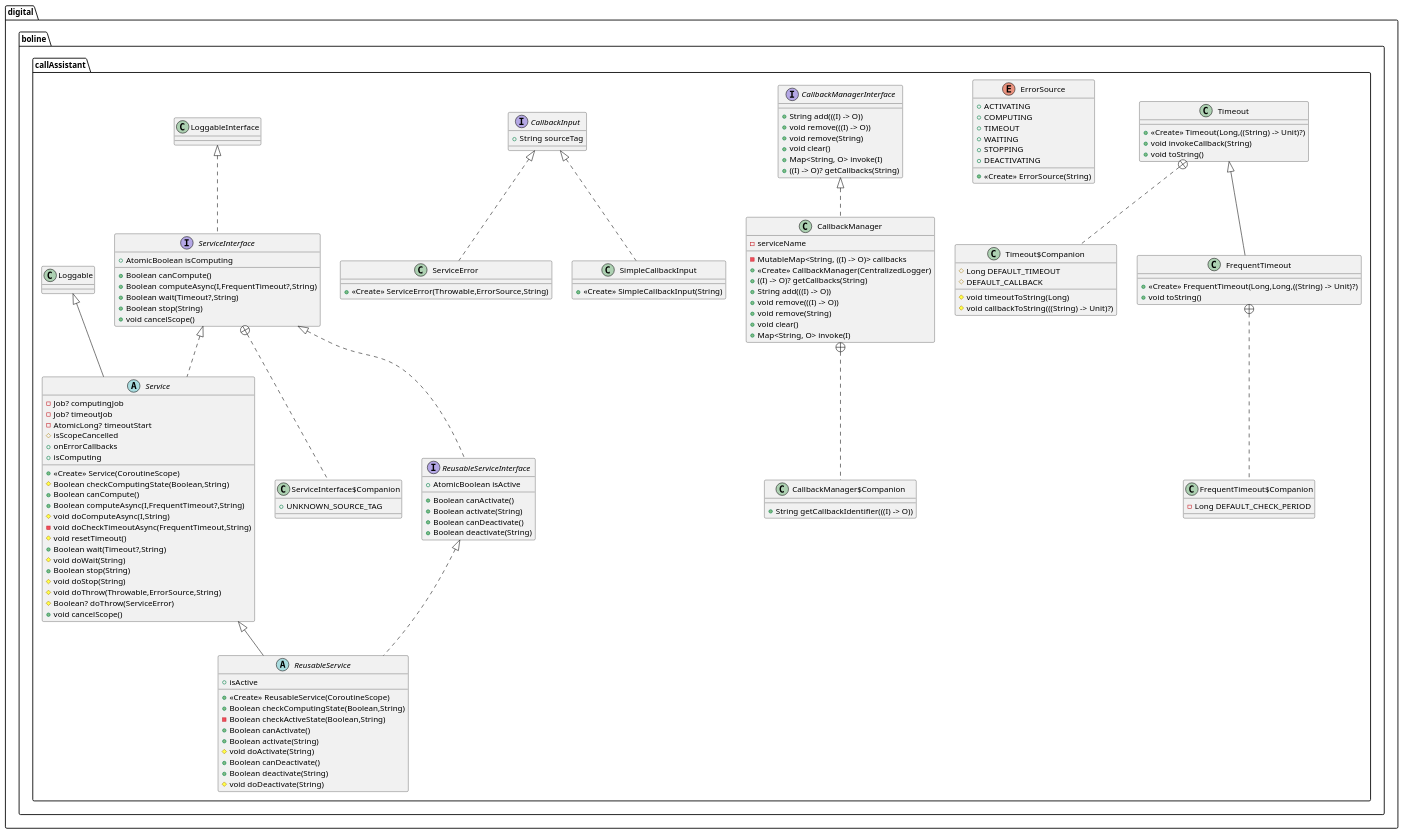
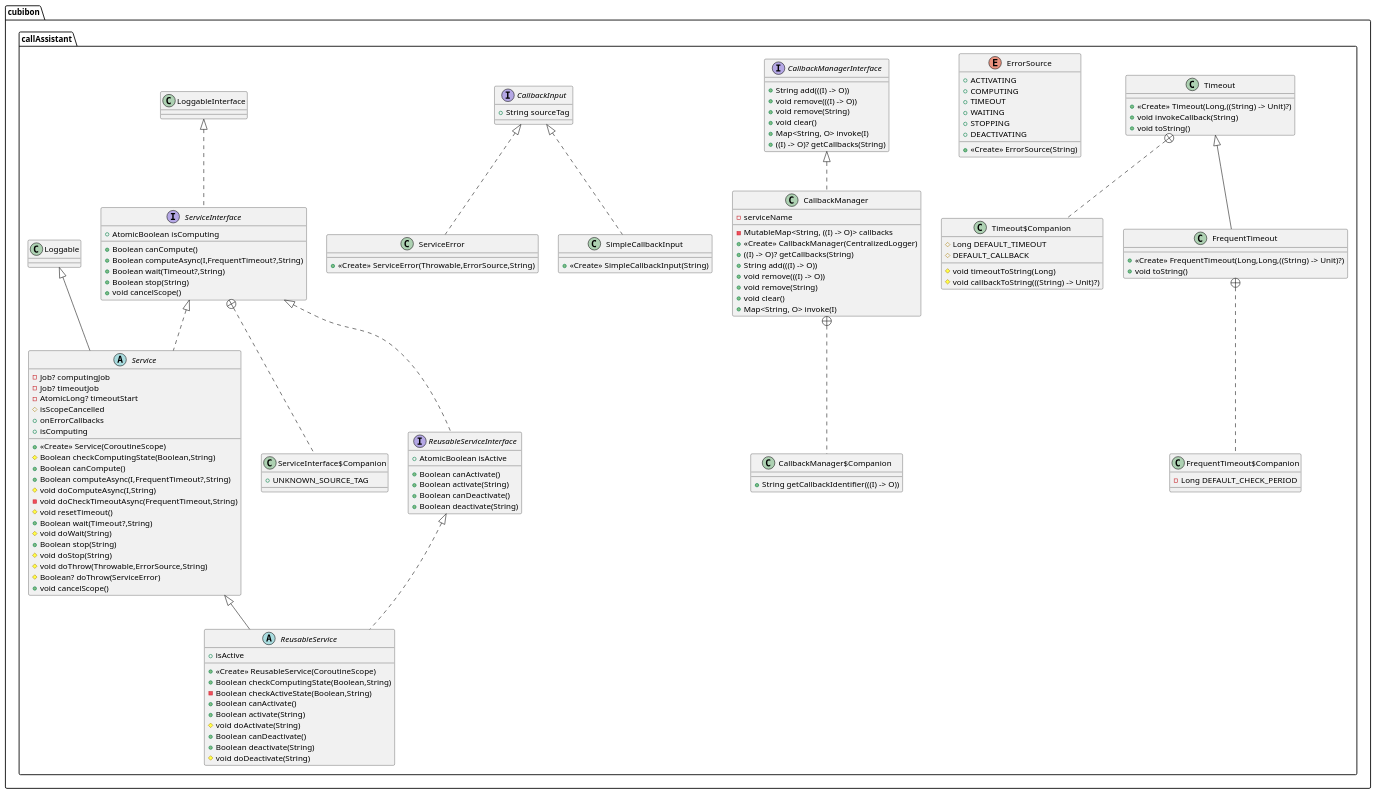
One commit to buoncubi/call_assistant changed the diagram in doc/uml/service.puml. Above: the diagram before and after it, drawn with PlantUML. The commit also changed 969 other files, not shown here.

```diff
--- a/doc/uml/service.puml
+++ b/doc/uml/service.puml
@@ -1,151 +1,151 @@
 @startuml
-class digital.boline.callAssistant.ServiceInterface$Companion {
+class cubibon.callAssistant.ServiceInterface$Companion {
 +  UNKNOWN_SOURCE_TAG
 }
 
-interface digital.boline.callAssistant.ServiceInterface {
+interface cubibon.callAssistant.ServiceInterface {
 + AtomicBoolean isComputing
 + Boolean canCompute()
 + Boolean computeAsync(I,FrequentTimeout?,String)
 + Boolean wait(Timeout?,String)
 + Boolean stop(String)
 + void cancelScope()
 }
 
 
-class digital.boline.callAssistant.Timeout$Companion {
+class cubibon.callAssistant.Timeout$Companion {
 # Long DEFAULT_TIMEOUT
 #  DEFAULT_CALLBACK
 # void timeoutToString(Long)
 # void callbackToString(((String) -> Unit)?)
 }
 
 
-class digital.boline.callAssistant.Timeout {
+class cubibon.callAssistant.Timeout {
 + <<Create>> Timeout(Long,((String) -> Unit)?)
 + void invokeCallback(String)
 + void toString()
 }
 
-class digital.boline.callAssistant.FrequentTimeout$Companion {
+class cubibon.callAssistant.FrequentTimeout$Companion {
 - Long DEFAULT_CHECK_PERIOD
 }
 
-class digital.boline.callAssistant.FrequentTimeout {
+class cubibon.callAssistant.FrequentTimeout {
 + <<Create>> FrequentTimeout(Long,Long,((String) -> Unit)?)
 + void toString()
 }
 
-enum digital.boline.callAssistant.ErrorSource {
+enum cubibon.callAssistant.ErrorSource {
 +  ACTIVATING
 +  COMPUTING
 +  TIMEOUT
 +  WAITING
 +  STOPPING
 +  DEACTIVATING
 + <<Create>> ErrorSource(String)
 }
 
 
-class digital.boline.callAssistant.ServiceError {
+class cubibon.callAssistant.ServiceError {
 + <<Create>> ServiceError(Throwable,ErrorSource,String)
 }
 
-abstract class digital.boline.callAssistant.Service {
+abstract class cubibon.callAssistant.Service {
 - Job? computingJob
 - Job? timeoutJob
 - AtomicLong? timeoutStart
 #  isScopeCancelled
 +  onErrorCallbacks
 +  isComputing
 + <<Create>> Service(CoroutineScope)
 # Boolean checkComputingState(Boolean,String)
 + Boolean canCompute()
 + Boolean computeAsync(I,FrequentTimeout?,String)
 # void doComputeAsync(I,String)
 - void doCheckTimeoutAsync(FrequentTimeout,String)
 # void resetTimeout()
 + Boolean wait(Timeout?,String)
 # void doWait(String)
 + Boolean stop(String)
 # void doStop(String)
 # void doThrow(Throwable,ErrorSource,String)
 # Boolean? doThrow(ServiceError)
 + void cancelScope()
 }
 
 
-interface digital.boline.callAssistant.ReusableServiceInterface {
+interface cubibon.callAssistant.ReusableServiceInterface {
 + AtomicBoolean isActive
 + Boolean canActivate()
 + Boolean activate(String)
 + Boolean canDeactivate()
 + Boolean deactivate(String)
 }
 
 
-abstract class digital.boline.callAssistant.ReusableService {
+abstract class cubibon.callAssistant.ReusableService {
 +  isActive
 + <<Create>> ReusableService(CoroutineScope)
 + Boolean checkComputingState(Boolean,String)
 - Boolean checkActiveState(Boolean,String)
 + Boolean canActivate()
 + Boolean activate(String)
 # void doActivate(String)
 + Boolean canDeactivate()
 + Boolean deactivate(String)
 # void doDeactivate(String)
 }
 
 
-interface digital.boline.callAssistant.CallbackManagerInterface {
+interface cubibon.callAssistant.CallbackManagerInterface {
 + String add(((I) -> O))
 + void remove(((I) -> O))
 + void remove(String)
 + void clear()
 + Map<String, O> invoke(I)
 + ((I) -> O)? getCallbacks(String)
 }
 
-interface digital.boline.callAssistant.CallbackInput {
+interface cubibon.callAssistant.CallbackInput {
 + String sourceTag
 }
 
-class digital.boline.callAssistant.SimpleCallbackInput {
+class cubibon.callAssistant.SimpleCallbackInput {
 + <<Create>> SimpleCallbackInput(String)
 }
 
-class digital.boline.callAssistant.CallbackManager$Companion {
+class cubibon.callAssistant.CallbackManager$Companion {
 + String getCallbackIdentifier(((I) -> O))
 }
 
-class digital.boline.callAssistant.CallbackManager {
+class cubibon.callAssistant.CallbackManager {
 -  serviceName
 - MutableMap<String, ((I) -> O)> callbacks
 + <<Create>> CallbackManager(CentralizedLogger)
 + ((I) -> O)? getCallbacks(String)
 + String add(((I) -> O))
 + void remove(((I) -> O))
 + void remove(String)
 + void clear()
 + Map<String, O> invoke(I)
 }
 
 
 
 
-digital.boline.callAssistant.ServiceInterface +.. digital.boline.callAssistant.ServiceInterface$Companion
-digital.boline.callAssistant.LoggableInterface <|.. digital.boline.callAssistant.ServiceInterface
-digital.boline.callAssistant.Timeout +.. digital.boline.callAssistant.Timeout$Companion
-digital.boline.callAssistant.FrequentTimeout +.. digital.boline.callAssistant.FrequentTimeout$Companion
-digital.boline.callAssistant.Timeout <|-- digital.boline.callAssistant.FrequentTimeout
-digital.boline.callAssistant.CallbackInput <|.. digital.boline.callAssistant.ServiceError
-digital.boline.callAssistant.ServiceInterface <|.. digital.boline.callAssistant.Service
-digital.boline.callAssistant.Loggable <|-- digital.boline.callAssistant.Service
-digital.boline.callAssistant.ServiceInterface <|.. digital.boline.callAssistant.ReusableServiceInterface
-digital.boline.callAssistant.ReusableServiceInterface <|.. digital.boline.callAssistant.ReusableService
-digital.boline.callAssistant.Service <|-- digital.boline.callAssistant.ReusableService
-digital.boline.callAssistant.CallbackInput <|.. digital.boline.callAssistant.SimpleCallbackInput
-digital.boline.callAssistant.CallbackManager +.. digital.boline.callAssistant.CallbackManager$Companion
-digital.boline.callAssistant.CallbackManagerInterface <|.. digital.boline.callAssistant.CallbackManager
+cubibon.callAssistant.ServiceInterface +.. cubibon.callAssistant.ServiceInterface$Companion
+cubibon.callAssistant.LoggableInterface <|.. cubibon.callAssistant.ServiceInterface
+cubibon.callAssistant.Timeout +.. cubibon.callAssistant.Timeout$Companion
+cubibon.callAssistant.FrequentTimeout +.. cubibon.callAssistant.FrequentTimeout$Companion
+cubibon.callAssistant.Timeout <|-- cubibon.callAssistant.FrequentTimeout
+cubibon.callAssistant.CallbackInput <|.. cubibon.callAssistant.ServiceError
+cubibon.callAssistant.ServiceInterface <|.. cubibon.callAssistant.Service
+cubibon.callAssistant.Loggable <|-- cubibon.callAssistant.Service
+cubibon.callAssistant.ServiceInterface <|.. cubibon.callAssistant.ReusableServiceInterface
+cubibon.callAssistant.ReusableServiceInterface <|.. cubibon.callAssistant.ReusableService
+cubibon.callAssistant.Service <|-- cubibon.callAssistant.ReusableService
+cubibon.callAssistant.CallbackInput <|.. cubibon.callAssistant.SimpleCallbackInput
+cubibon.callAssistant.CallbackManager +.. cubibon.callAssistant.CallbackManager$Companion
+cubibon.callAssistant.CallbackManagerInterface <|.. cubibon.callAssistant.CallbackManager
 @enduml
```
